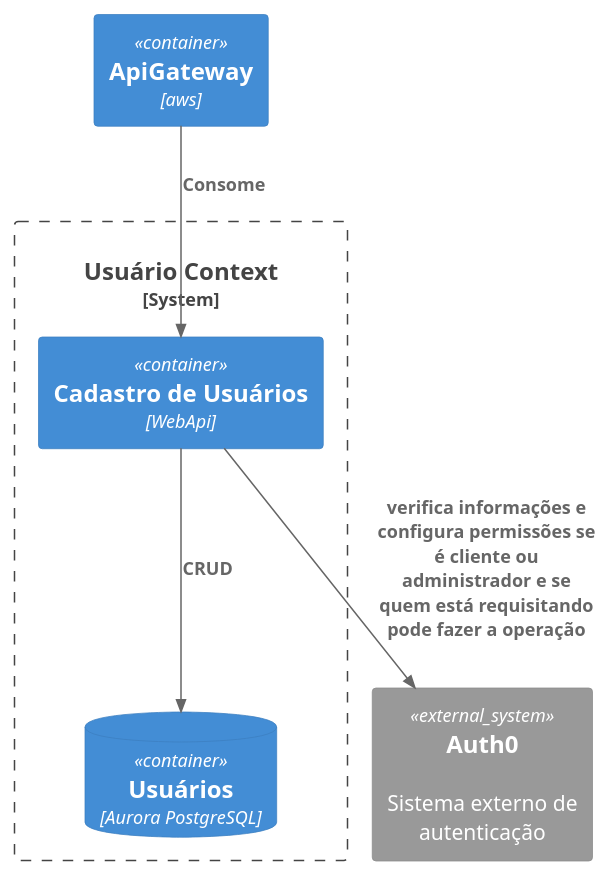
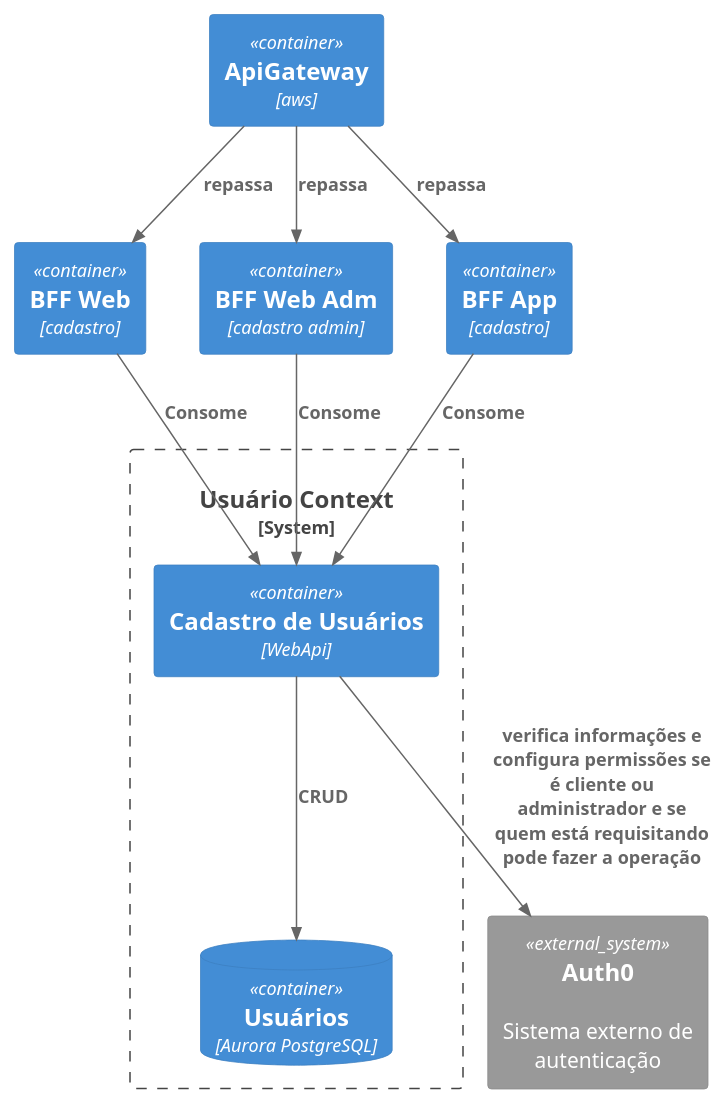
Before and after one commit to andrearima/infnet-arquitetura-microservicos: the diagram in src/UsuarioContext.puml, drawn with PlantUML. The commit also changed 1 other file, not shown here.

```diff
--- a/src/UsuarioContext.puml
+++ b/src/UsuarioContext.puml
@@ -1,20 +1,33 @@
 @startuml
 
 !include https://raw.githubusercontent.com/plantuml-stdlib/c4-PlantUML/master/C4_Container.puml
 !include https://raw.githubusercontent.com/plantuml-stdlib/C4-PlantUML/master/C4_Component.puml
 AddRelTag("async", $lineStyle = DashedLine())
 
 System_Ext(authentication,"Auth0","Sistema externo de autenticação")
+Container(apiGateway, "ApiGateway","aws")
+Container(bffWeb, "BFF Web","cadastro"){
+    Rel(apiGateway, bffWeb, "repassa")
+}
+Container(bffWebAdm, "BFF Web Adm","cadastro admin"){
+    Rel(apiGateway, bffWebAdm, "repassa")
+}
+Container(bffApp, "BFF App","cadastro"){
+    Rel(apiGateway, bffApp, "repassa")
+}
+
 Container(apiGateway, "ApiGateway","aws")
 System_Boundary(usuarioContext, "Usuário Context"){
     Container(usuario, "Cadastro de Usuários", "WebApi"){
         Rel(usuario, authentication, "verifica informações e configura permissões se é cliente ou administrador e se quem está requisitando pode fazer a operação")
     }
     ContainerDb(usuarioDb, "Usuários", "Aurora PostgreSQL"){
         Rel(usuario, usuarioDb, "CRUD")
     }
 
-    Rel(apiGateway, usuario, "Consome")
+    Rel(bffWebAdm, usuario, "Consome")
+    Rel(bffWeb, usuario, "Consome")
+    Rel(bffApp, usuario, "Consome")
 }
 
 @enduml
```
